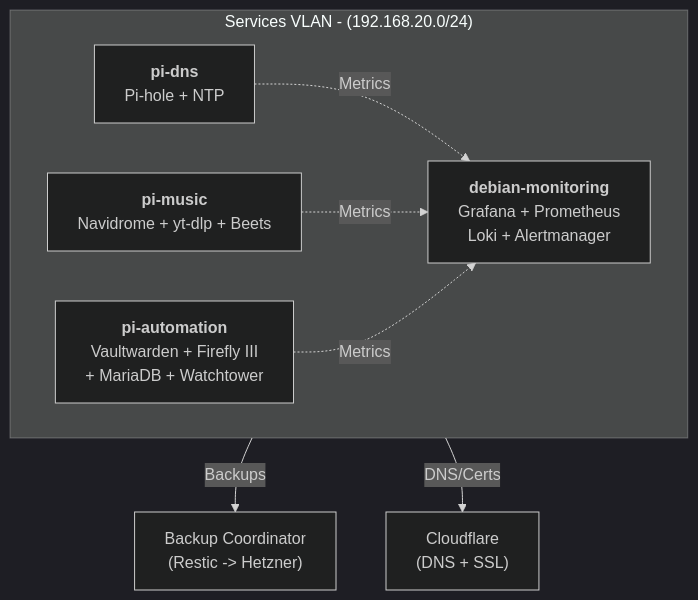
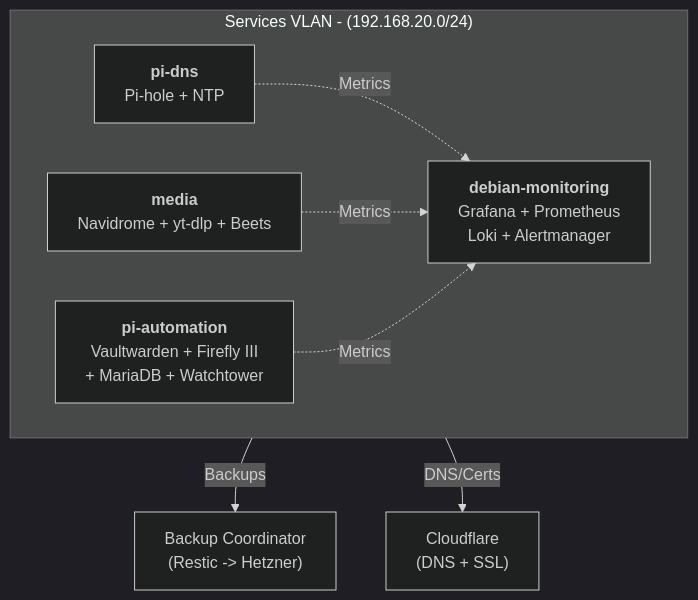
Before and after one commit to straightchlorine/cloud: the diagram in README.md, drawn with Mermaid (dark theme). The commit also changed other lines of this file and 119 other files, not shown here.

````diff
--- a/README.md
+++ b/README.md
@@ -13,18 +13,18 @@
 ```mermaid
 graph TB
     subgraph VLAN["Services VLAN - (192.168.20.0/24)"]
         direction LR
         dns["<b>pi-dns</b><br/>Pi-hole + NTP"]
-        music["<b>pi-music</b><br/>Navidrome + yt-dlp + Beets"]
+        music["<b>media</b><br/>Navidrome + yt-dlp + Beets"]
         automation["<b>pi-automation</b><br/>Vaultwarden + Firefly III<br/> + MariaDB + Watchtower"]
         monitoring["<b>debian-monitoring</b><br/>Grafana + Prometheus<br/>Loki + Alertmanager"]
     end
     backup["Backup Coordinator<br/>(Restic -> Hetzner)"]
     cloudflare["Cloudflare<br/>(DNS + SSL)"]
 
     VLAN -->|Backups| backup
     VLAN -->|DNS/Certs| cloudflare
     dns -.->|Metrics| monitoring
     music -.->|Metrics| monitoring
     automation -.->|Metrics| monitoring
 ```
````
